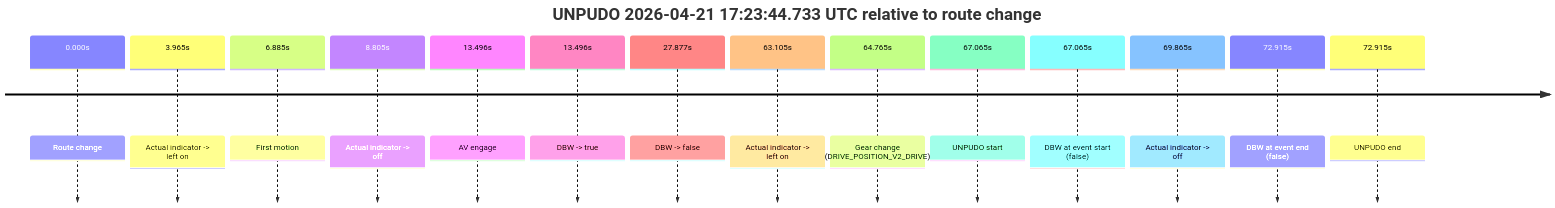
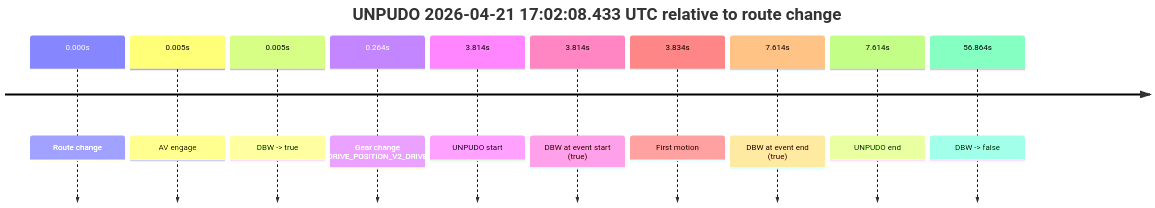
One commit to yoelshapiro/vault changed the fourth of 7 diagrams in model_analysis/report_cards/2026/04/Week-4/fme10011--2026-04-21--16-14-26--gen2-av-9f0c228a-9b71-407b-834d-29b70e16c322.md. Above: the diagram before and after it, drawn with Mermaid. The commit also changed other lines of this file and 2 other files, not shown here.

````diff
--- a/model_analysis/report_cards/2026/04/Week-4/fme10011--2026-04-21--16-14-26--gen2-av-9f0c228a-9b71-407b-834d-29b70e16c322.md
+++ b/model_analysis/report_cards/2026/04/Week-4/fme10011--2026-04-21--16-14-26--gen2-av-9f0c228a-9b71-407b-834d-29b70e16c322.md
@@ -421,18 +330,14 @@
 ```mermaid
 timeline
-    title UNPUDO 2026-04-21 17:23:44.733 UTC relative to route change
+    title UNPUDO 2026-04-21 17:02:08.433 UTC relative to route change
     0.000s : Route change
-    3.965s : Actual indicator -> left on
-    6.885s : First motion
-    8.805s : Actual indicator -> off
-    13.496s : AV engage
-    13.496s : DBW -> true
-    27.877s : DBW -> false
-    63.105s : Actual indicator -> left on
-    64.765s : Gear change (DRIVE_POSITION_V2_DRIVE)
-    67.065s : UNPUDO start
-    67.065s : DBW at event start (false)
-    69.865s : Actual indicator -> off
-    72.915s : DBW at event end (false)
-    72.915s : UNPUDO end
+    0.005s : AV engage
+    0.005s : DBW -> true
+    0.264s : Gear change (DRIVE_POSITION_V2_DRIVE)
+    3.814s : UNPUDO start
+    3.814s : DBW at event start (true)
+    3.834s : First motion
+    7.614s : DBW at event end (true)
+    7.614s : UNPUDO end
+    56.864s : DBW -> false
 ```
````
